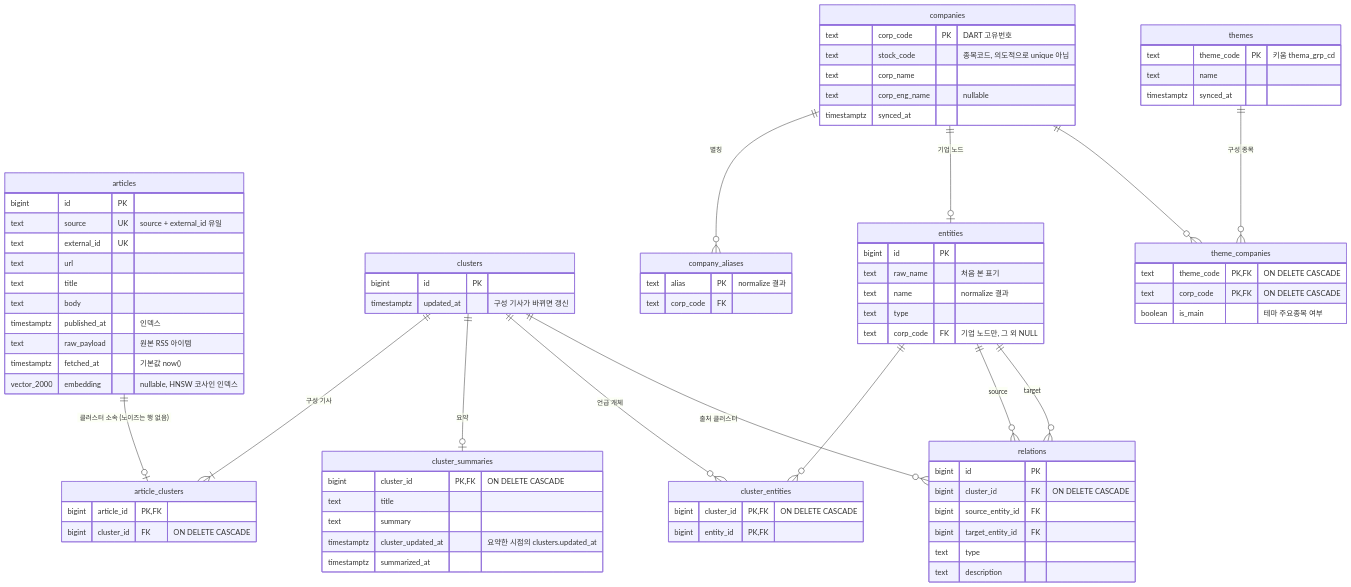
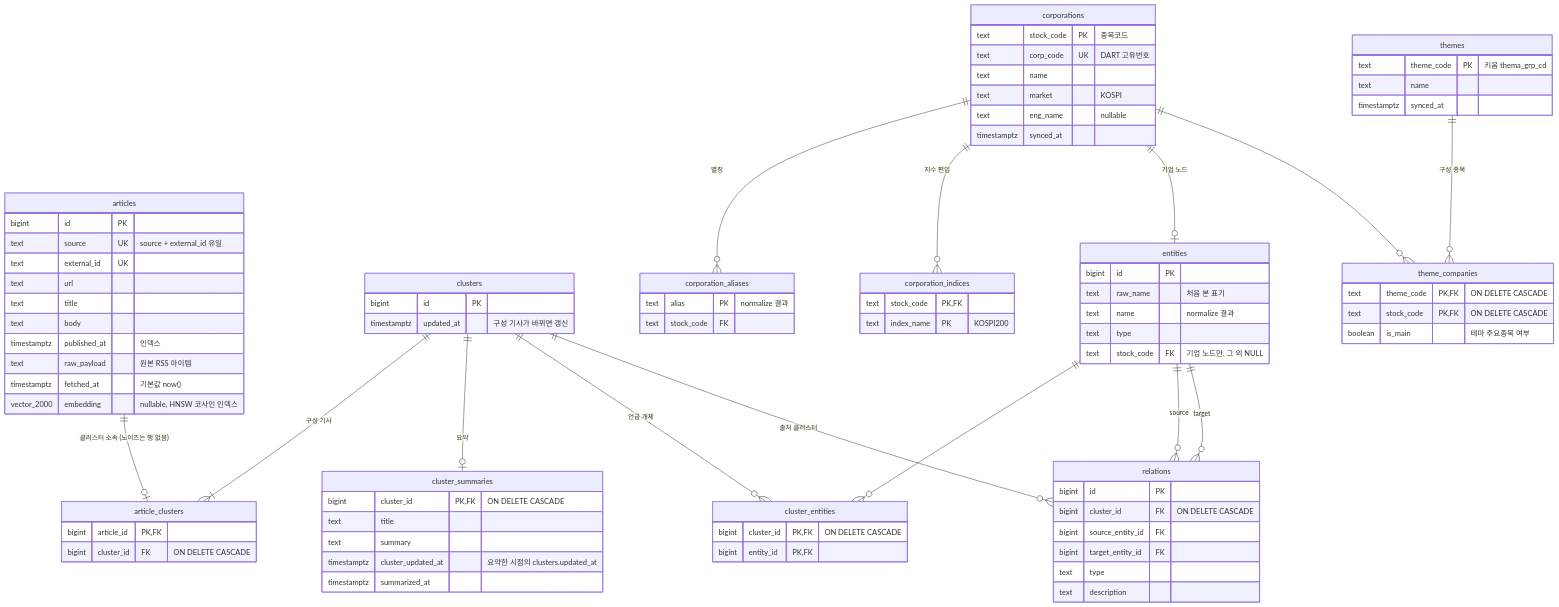
The diagram in README.md (100-hours-a-week/KTB4-11th-AI), drawn with Mermaid before and after one commit. The commit also changed other lines of this file and 9 other files, not shown here.

````diff
--- a/README.md
+++ b/README.md
@@ -29,9 +30,10 @@
     entities ||--o{ cluster_entities : ""
     entities ||--o{ relations : "source"
     entities ||--o{ relations : "target"
-    companies ||--o{ company_aliases : "별칭"
-    companies ||--o| entities : "기업 노드"
-    companies ||--o{ theme_companies : ""
+    corporations ||--o{ corporation_aliases : "별칭"
+    corporations ||--o{ corporation_indices : "지수 편입"
+    corporations ||--o| entities : "기업 노드"
+    corporations ||--o{ theme_companies : ""
     themes ||--o{ theme_companies : "구성 종목"
 
     articles {
@@ -61,23 +63,28 @@
         timestamptz cluster_updated_at "요약한 시점의 clusters.updated_at"
         timestamptz summarized_at
     }
-    companies {
-        text corp_code PK "DART 고유번호"
-        text stock_code "종목코드, 의도적으로 unique 아님"
-        text corp_name
-        text corp_eng_name "nullable"
+    corporations {
+        text stock_code PK "종목코드"
+        text corp_code UK "DART 고유번호"
+        text name
+        text market "KOSPI"
+        text eng_name "nullable"
         timestamptz synced_at
     }
-    company_aliases {
+    corporation_aliases {
         text alias PK "normalize 결과"
-        text corp_code FK
+        text stock_code FK
+    }
+    corporation_indices {
+        text stock_code PK, FK
+        text index_name PK "KOSPI200"
     }
     entities {
         bigint id PK
         text raw_name "처음 본 표기"
         text name "normalize 결과"
         text type
-        text corp_code FK "기업 노드만, 그 외 NULL"
+        text stock_code FK "기업 노드만, 그 외 NULL"
     }
     cluster_entities {
         bigint cluster_id PK, FK "ON DELETE CASCADE"
@@ -98,7 +105,7 @@
     }
     theme_companies {
         text theme_code PK, FK "ON DELETE CASCADE"
-        text corp_code PK, FK "ON DELETE CASCADE"
+        text stock_code PK, FK "ON DELETE CASCADE"
         boolean is_main "테마 주요종목 여부"
     }
 ```
````
